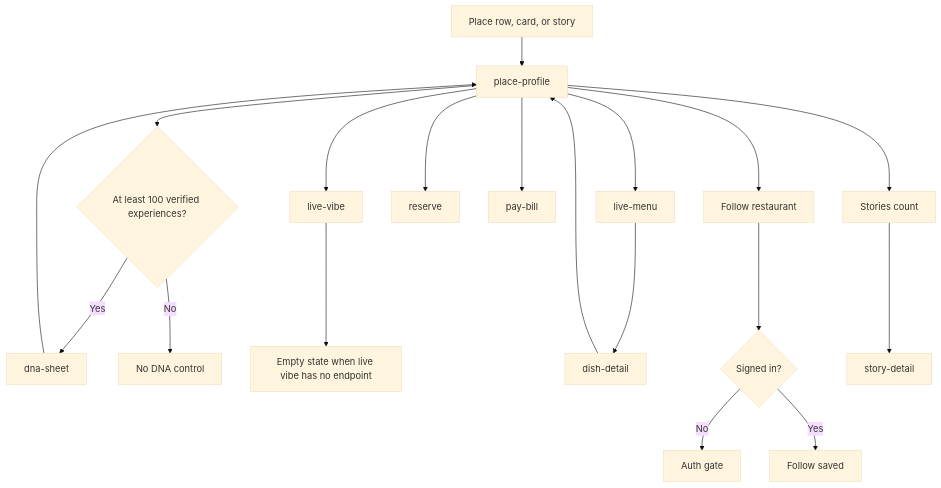
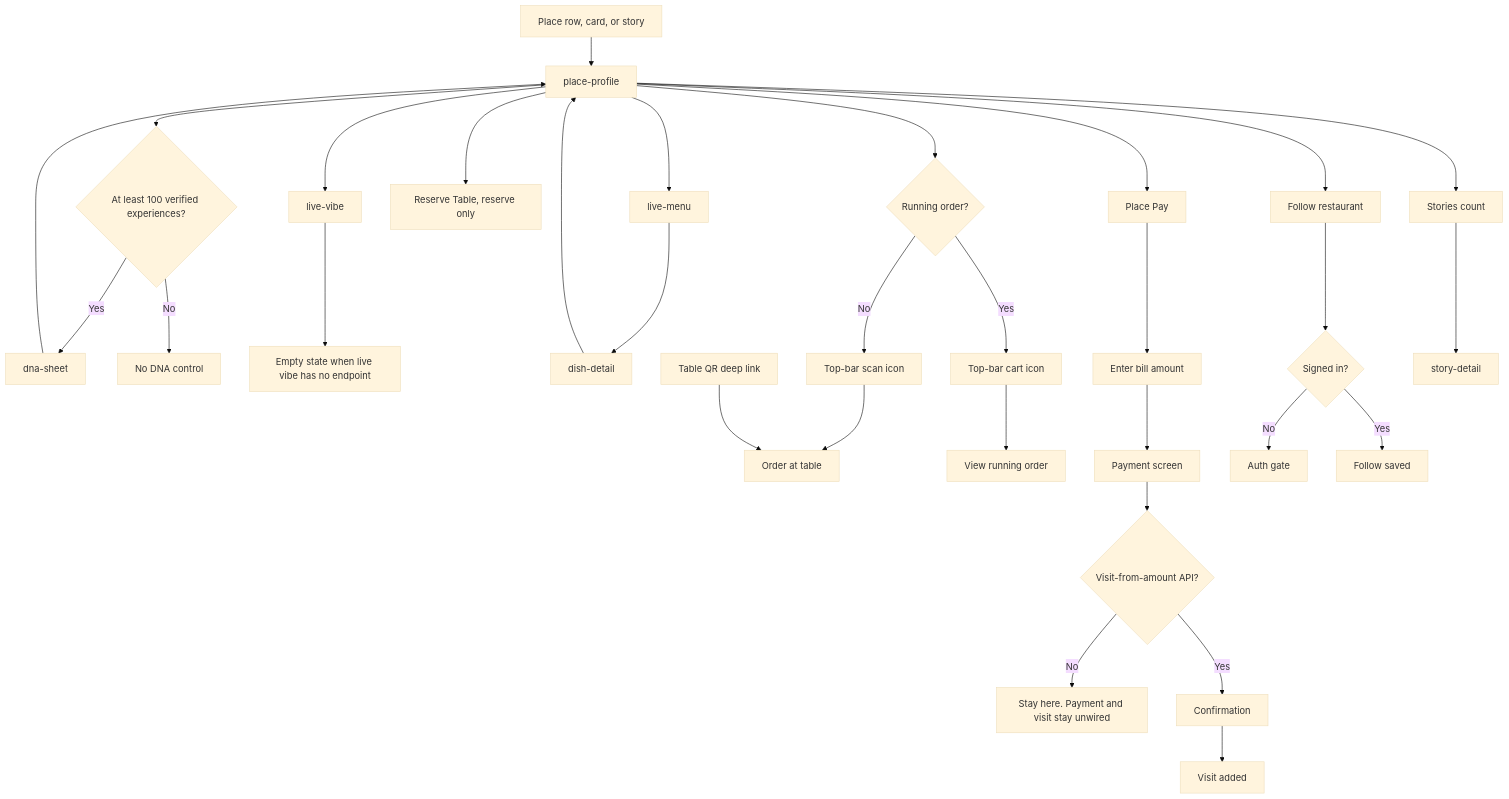
The diagram in product/detail-flows/08-place.md (bawra11/elite-product), drawn with Mermaid (base theme) before and after one commit. The commit also changed other lines of this file and 12 other files, not shown here.

First line of the commit message:
Record Place Pay, OTP-only diner auth, and the elite_app pointer.

````diff
--- a/product/detail-flows/08-place.md
+++ b/product/detail-flows/08-place.md
@@ -5,26 +11,40 @@
 ```mermaid
 flowchart TD
   entry["Place row, card, or story"] --> place["place-profile"]
 
   place --> dnaCheck{"At least 100 verified experiences?"}
   dnaCheck -->|Yes| dna["dna-sheet"]
   dnaCheck -->|No| noDna["No DNA control"]
   dna --> place
 
   place --> vibe["live-vibe"]
   vibe --> emptyVibe["Empty state when live vibe has no endpoint"]
 
   place --> menu["live-menu"]
   menu --> dish["dish-detail"]
   dish --> place
 
-  place --> reserve["reserve"]
-  place --> pay["pay-bill"]
+  place --> reserve["Reserve Table, reserve only"]
+  place --> placePay["Place Pay"]
+  place --> topIcon{"Running order?"}
+  topIcon -->|No| scan["Top-bar scan icon"]
+  topIcon -->|Yes| cart["Top-bar cart icon"]
+  scan --> dineIn["Order at table"]
+  cart --> running["View running order"]
+  deep["Table QR deep link"] --> dineIn
+
+  placePay --> amount["Enter bill amount"]
+  amount --> payUi["Payment screen"]
+  payUi --> wired{Visit-from-amount API?}
+  wired -->|No| unwired["Stay here. Payment and visit stay unwired"]
+  wired -->|Yes| confirm["Confirmation"]
+  confirm --> visit["Visit added"]
+
   place --> follow["Follow restaurant"]
   follow --> gate{Signed in?}
   gate -->|No| auth["Auth gate"]
   gate -->|Yes| saved["Follow saved"]
 
   place --> stories["Stories count"]
   stories --> story["story-detail"]
 ```
````
